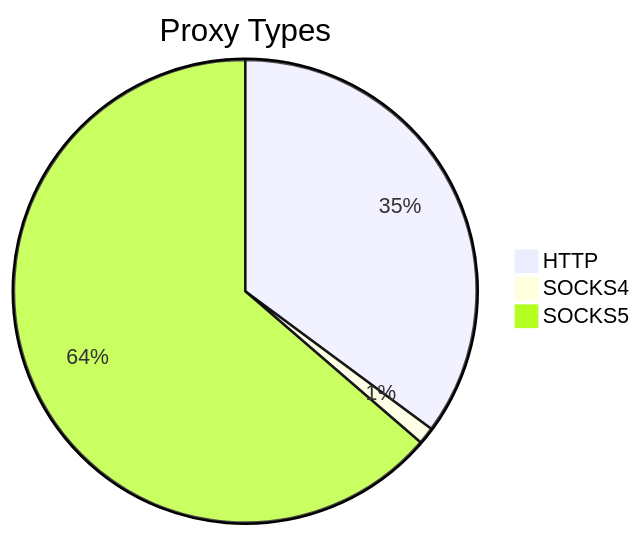
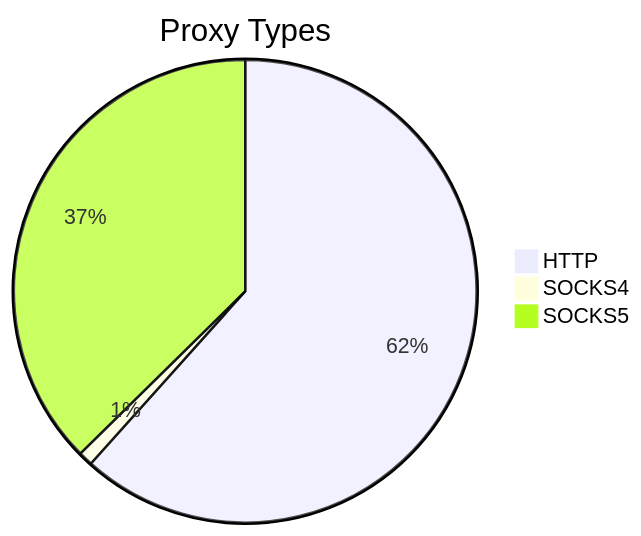
Before and after one commit to stormsia/proxy-list: the first of 2 diagrams in README.md, drawn with Mermaid. The commit also changed other lines of this file, not shown here.

````diff
--- a/README.md
+++ b/README.md
@@ -21,6 +21,6 @@
 ```mermaid
 pie title Proxy Types
-    "HTTP" : 533
-    "SOCKS4" : 18
-    "SOCKS5" : 966
+    "HTTP" : 493
+    "SOCKS4" : 8
+    "SOCKS5" : 299
 ```
````
